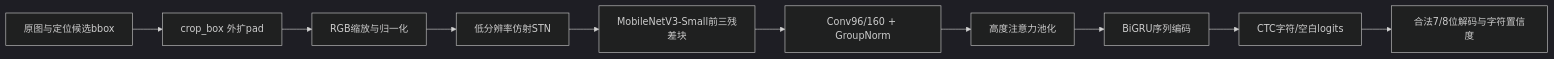
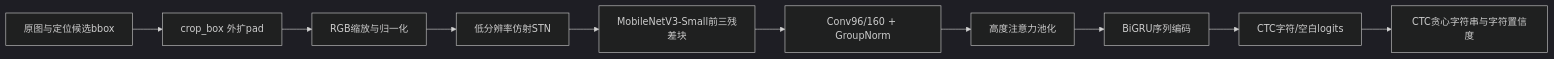
The first of 3 diagrams in docs/design/ch3-识别模型.md (tonyswift868/license-plate-recognition), drawn with Mermaid (dark theme) before and after one commit. The commit also changed other lines of this file and 7 other files, not shown here.

````diff
--- a/docs/design/ch3-识别模型.md
+++ b/docs/design/ch3-识别模型.md
@@ -18,12 +18,12 @@
 ```mermaid
 flowchart LR
   A[原图与定位候选bbox] --> B[crop_box 外扩pad]
   B --> C[RGB缩放与归一化]
   C --> D[低分辨率仿射STN]
   D --> E[MobileNetV3-Small前三残差块]
   E --> F[Conv96/160 + GroupNorm]
   F --> G[高度注意力池化]
   G --> H[BiGRU序列编码]
   H --> I[CTC字符/空白logits]
-  I --> J[合法7/8位解码与字符置信度]
+  I --> J[CTC贪心字符串与字符置信度]
 ```
````
